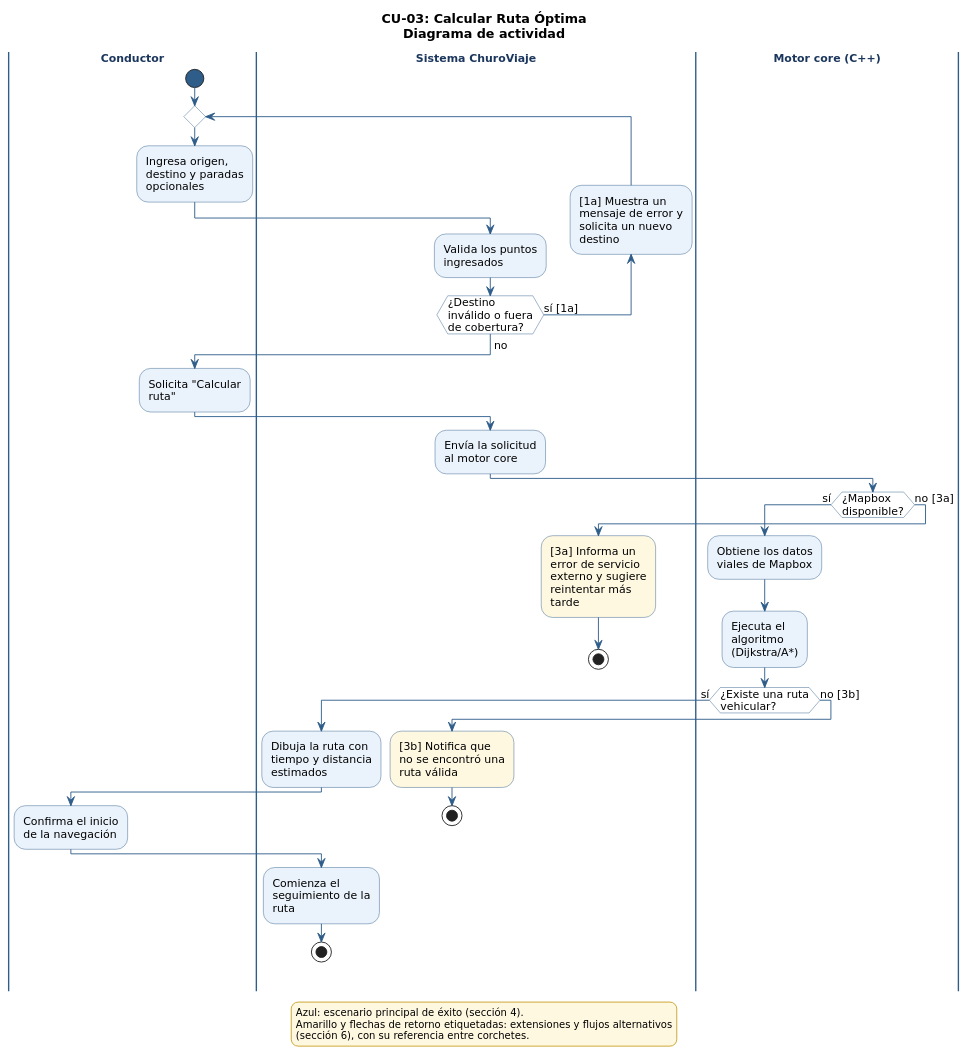
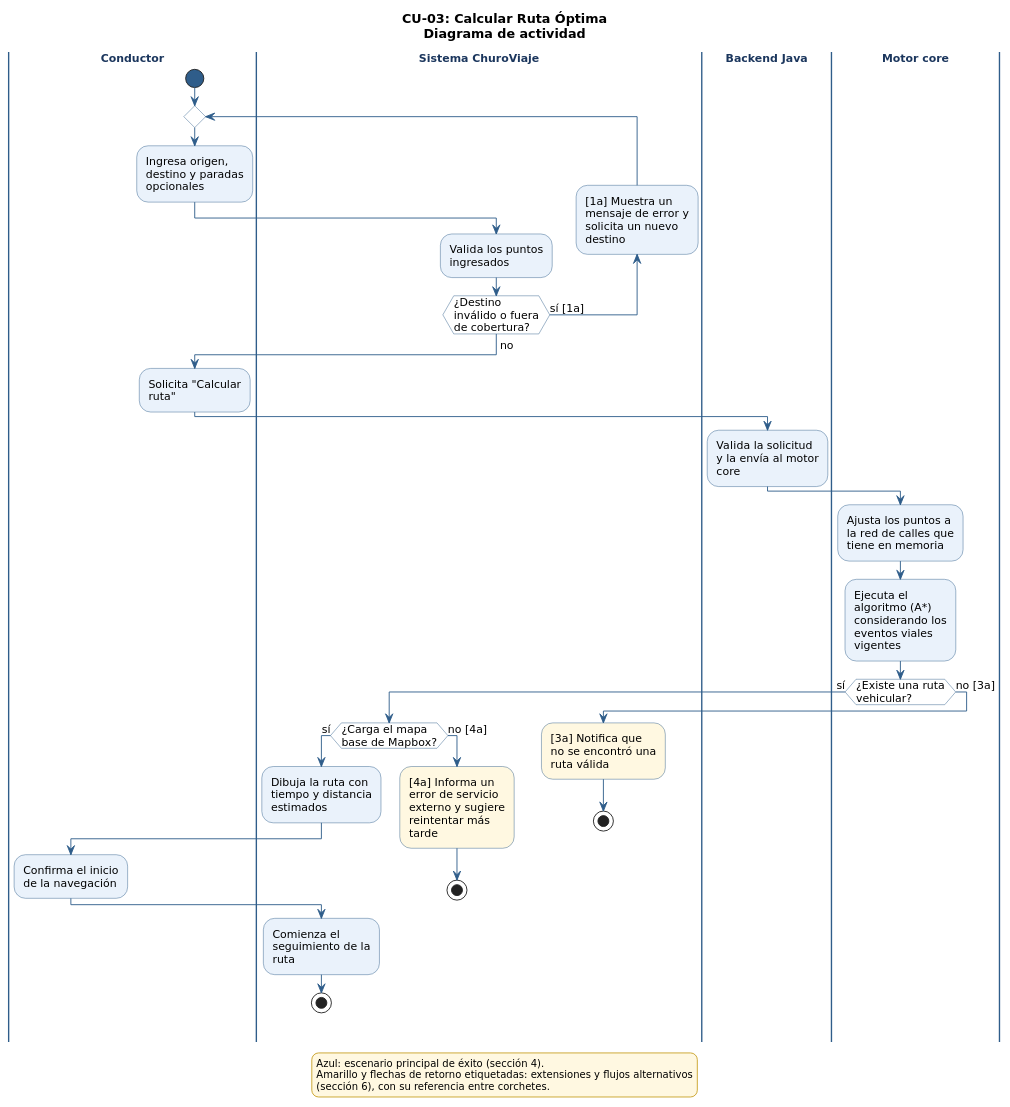
The diagram in 03_des/01_Diagramas_de_comportamiento/CU-03_CalcularRutaOptima.puml (uniWASD/ChuroViajeInterno), drawn with PlantUML before and after one commit. The commit also changed 59 other files, not shown here.

Commit message:
docs(req): alinear Visión, CU, HU y diagramas con la arquitectura (T-086, #38)

```diff
--- a/03_des/01_Diagramas_de_comportamiento/CU-03_CalcularRutaOptima.puml
+++ b/03_des/01_Diagramas_de_comportamiento/CU-03_CalcularRutaOptima.puml
@@ -1,97 +1,100 @@
 @startuml CU-03_CalcularRutaOptima
 ' CU-03: Calcular Ruta Óptima - Diagrama de comportamiento (actividad)
 ' Fuente: 02_req - Especificación de Casos de Uso (CU-01 a CU-08), secciones 4 y 6
-' Issue: T-045
+' Issue: T-045 (actualizado en T-086)
 
 skinparam shadowing false
 skinparam defaultFontName "DejaVu Sans"
 skinparam defaultFontSize 12
 skinparam wrapWidth 200
 skinparam ArrowColor #2F5D8A
 skinparam activity {
   BackgroundColor #EAF2FB
   BorderColor #2F5D8A
   DiamondBackgroundColor #FFFFFF
   DiamondBorderColor #2F5D8A
   StartColor #2F5D8A
   EndColor #2F5D8A
 }
 skinparam swimlane {
   BorderColor #2F5D8A
   TitleFontStyle bold
   TitleFontColor #1B365D
 }
 skinparam legend {
   BackgroundColor #FFF8E1
   BorderColor #C9A227
   FontSize 11
 }
 
 title CU-03: Calcular Ruta Óptima\nDiagrama de actividad
 
 |Conductor|
 start
 repeat
   |Conductor|
   :Ingresa origen,
 destino y paradas
 opcionales;
   |Sistema ChuroViaje|
   :Valida los puntos
 ingresados;
 backward:[1a] Muestra un
 mensaje de error y
 solicita un nuevo
 destino;
 repeat while (¿Destino\ninválido o fuera\nde cobertura?) is (sí [1a])
 ->no;
 |Conductor|
 :Solicita "Calcular
 ruta";
-|Sistema ChuroViaje|
-:Envía la solicitud
-al motor core;
-|Motor core (C++)|
-if (¿Mapbox\ndisponible?) then (sí)
-  :Obtiene los datos
-viales de Mapbox;
-  :Ejecuta el
-algoritmo
-(Dijkstra/A*);
-  if (¿Existe una ruta\nvehicular?) then (sí)
-    |Sistema ChuroViaje|
+|Backend Java|
+:Valida la solicitud
+y la envía al motor
+core;
+|Motor core|
+:Ajusta los puntos a
+la red de calles que
+tiene en memoria;
+:Ejecuta el
+algoritmo (A*)
+considerando los
+eventos viales
+vigentes;
+if (¿Existe una ruta\nvehicular?) then (sí)
+  |Sistema ChuroViaje|
+  if (¿Carga el mapa\nbase de Mapbox?) then (sí)
     :Dibuja la ruta con
 tiempo y distancia
 estimados;
     |Conductor|
     :Confirma el inicio
 de la navegación;
     |Sistema ChuroViaje|
     :Comienza el
 seguimiento de la
 ruta;
     stop
-  else (no [3b])
-    |Sistema ChuroViaje|
-    #FFF8E1:[3b] Notifica que
-no se encontró una
-ruta válida;
+  else (no [4a])
+    #FFF8E1:[4a] Informa un
+error de servicio
+externo y sugiere
+reintentar más
+tarde;
     stop
   endif
 else (no [3a])
   |Sistema ChuroViaje|
-  #FFF8E1:[3a] Informa un
-error de servicio
-externo y sugiere
-reintentar más
-tarde;
+  #FFF8E1:[3a] Notifica que
+no se encontró una
+ruta válida;
   stop
 endif
 
 legend bottom
   Azul: escenario principal de éxito (sección 4).
   Amarillo y flechas de retorno etiquetadas: extensiones y flujos alternativos
   (sección 6), con su referencia entre corchetes.
 endlegend
 
 @enduml
```
